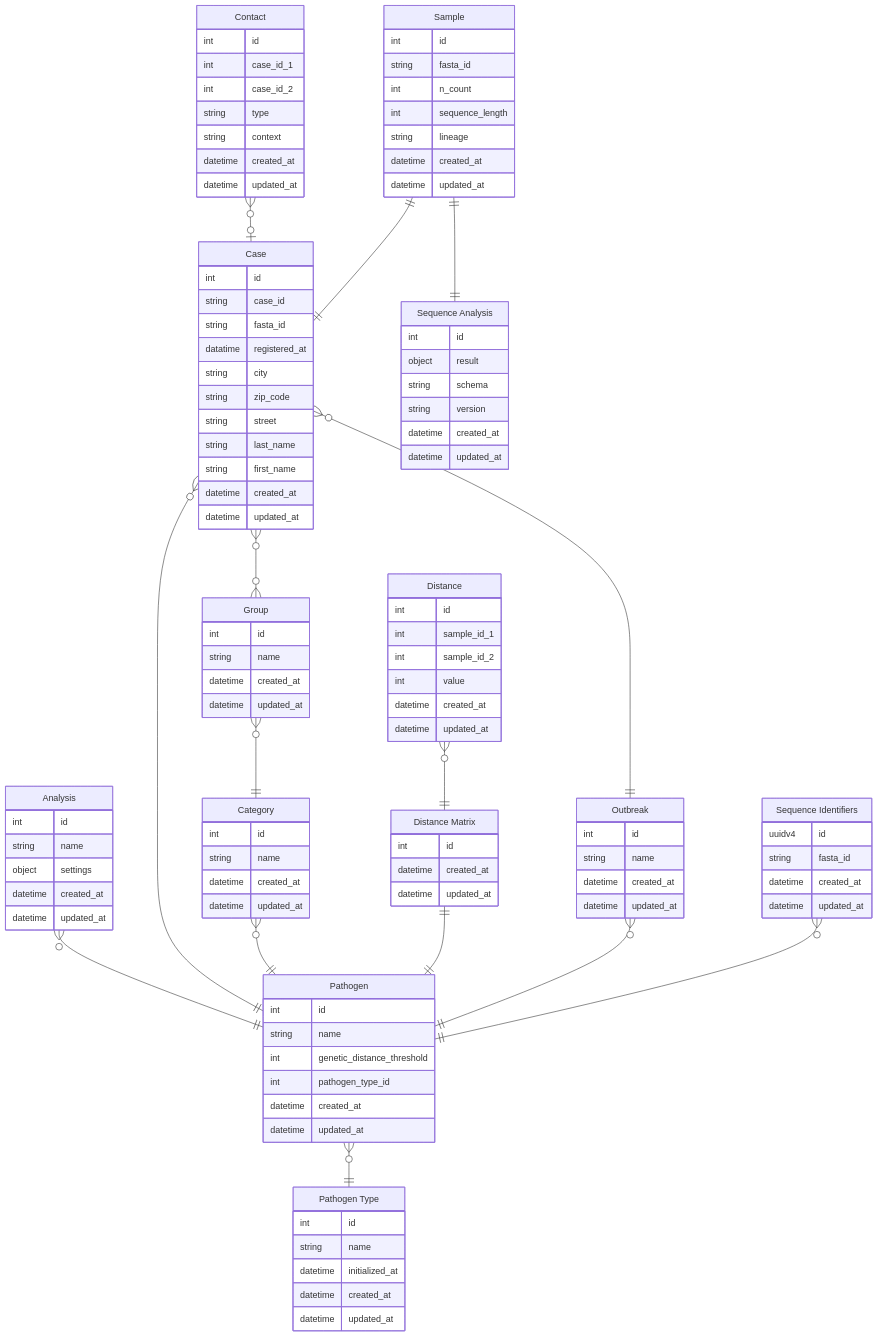
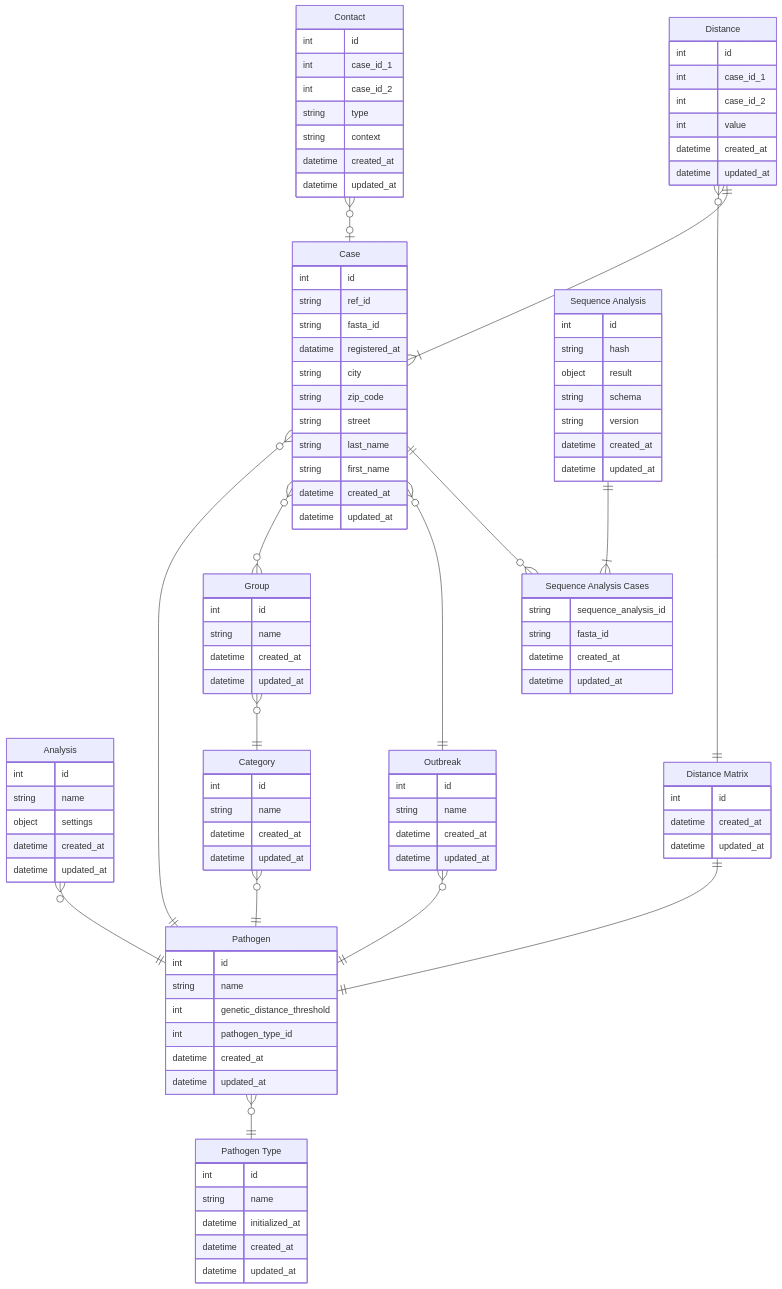
Before and after one commit to DiltheyLab/GENTRAIN: the fifth of 6 diagrams in documentation/docs/developers/data_management.md, drawn with Mermaid. The commit also changed other lines of this file, not shown here.

Commit message:
update er model

````diff
--- a/documentation/docs/developers/data_management.md
+++ b/documentation/docs/developers/data_management.md
@@ -196,7 +195,7 @@
 
     Case {
         int id
-        string case_id
+        string ref_id
         string fasta_id
         datatime registered_at
         string city
@@ -210,6 +209,7 @@
     Case }o--|| Pathogen : ""
     Case }o--o{ Group : ""
     Case }o--|| Outbreak : ""
+    Case ||--o{ "Sequence Analysis Cases" : ""
 
     Category {
         int id
@@ -239,13 +239,14 @@
 
     Distance {
         int id
-        int sample_id_1
-        int sample_id_2
+        int case_id_1
+        int case_id_2
         int value
         datetime created_at
         datetime updated_at
     }
     Distance }o--|| "Distance Matrix" : ""
+    Distance ||--|{ Case : ""
 
     Group {
         int id
@@ -281,32 +282,21 @@
     }
     Pathogen }o--|| "Pathogen Type" : ""
 
-    Sample {
-        int id
+    "Sequence Analysis Cases" {
+        string sequence_analysis_id
         string fasta_id
-        int n_count
-        int sequence_length
-        string lineage
         datetime created_at
         datetime updated_at
     }
-    Sample ||--|| Case : ""
-    Sample ||--|| "Sequence Analysis" : ""
 
     "Sequence Analysis" {
         int id
+        string hash
         object result
         string schema
         string version
         datetime created_at
         datetime updated_at
     }
-
-    "Sequence Identifiers" {
-        uuidv4 id
-        string fasta_id
-        datetime created_at
-        datetime updated_at
-    }
-    "Sequence Identifiers" }o--|| Pathogen : ""
+    "Sequence Analysis" ||--|{ "Sequence Analysis Cases" : ""
 ```
````
